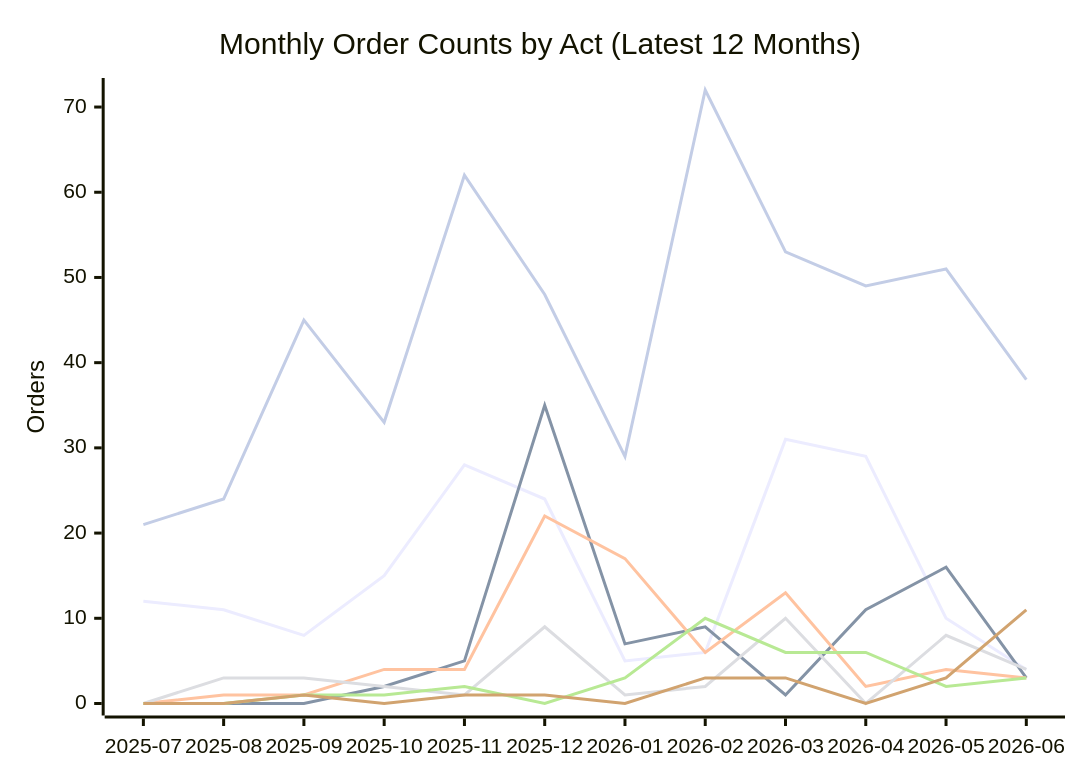
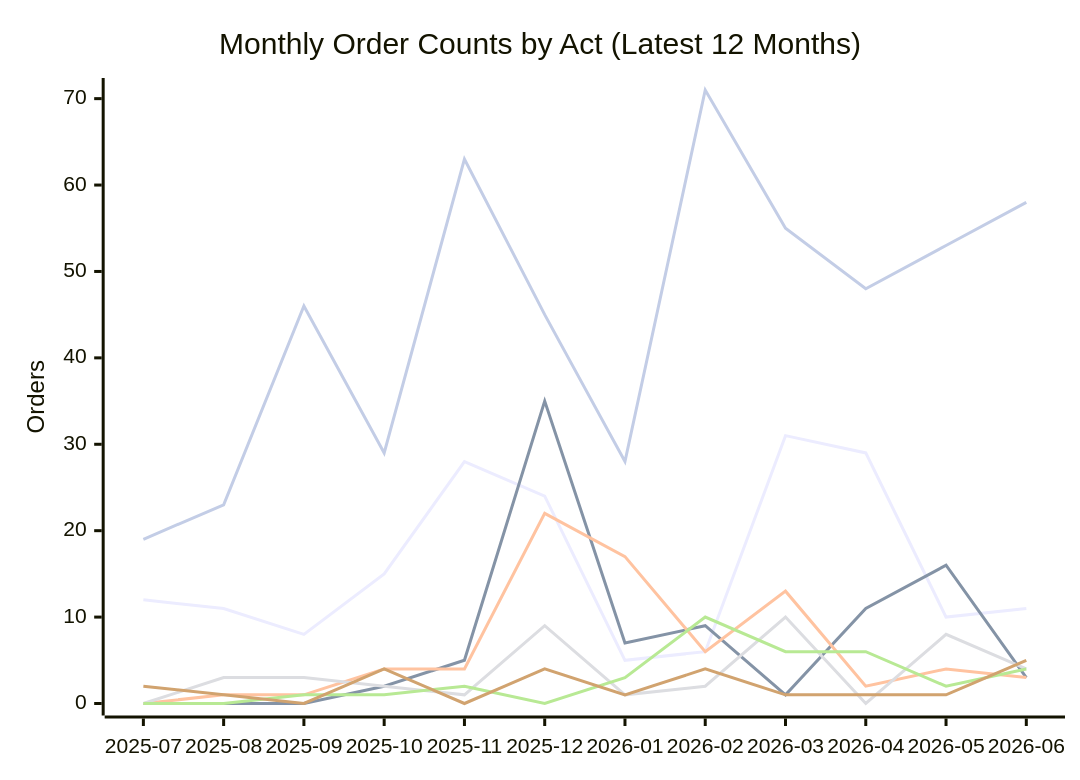
One commit to PatLittle/oic-data changed the second of 2 diagrams in README.md. Above: the diagram before and after it, drawn with Mermaid. The commit also changed other lines of this file and 45 other files, not shown here.

````diff
--- a/README.md
+++ b/README.md
@@ -71,13 +71,13 @@
 ```mermaid
 xychart-beta
     title "Monthly Order Counts by Act (Latest 12 Months)"
     x-axis ["2025-07", "2025-08", "2025-09", "2025-10", "2025-11", "2025-12", "2026-01", "2026-02", "2026-03", "2026-04", "2026-05", "2026-06"]
-    y-axis "Orders" 0 --> 72
-    line [12, 11, 8, 15, 28, 24, 5, 6, 31, 29, 10, 4]
+    y-axis "Orders" 0 --> 71
+    line [12, 11, 8, 15, 28, 24, 5, 6, 31, 29, 10, 11]
     line [0, 0, 0, 2, 5, 35, 7, 9, 1, 11, 16, 3]
     line [0, 1, 1, 4, 4, 22, 17, 6, 13, 2, 4, 3]
     line [0, 3, 3, 2, 1, 9, 1, 2, 10, 0, 8, 4]
-    line [0, 0, 1, 1, 2, 0, 3, 10, 6, 6, 2, 3]
-    line [0, 0, 1, 0, 1, 1, 0, 3, 3, 0, 3, 11]
-    line [21, 24, 45, 33, 62, 48, 29, 72, 53, 49, 51, 38]
+    line [0, 0, 1, 1, 2, 0, 3, 10, 6, 6, 2, 4]
+    line [2, 1, 0, 4, 0, 4, 1, 4, 1, 1, 1, 5]
+    line [19, 23, 46, 29, 63, 45, 28, 71, 55, 48, 53, 58]
 ```
````
